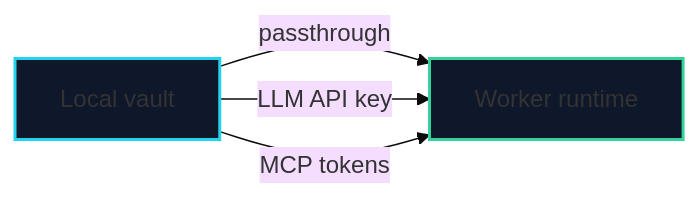
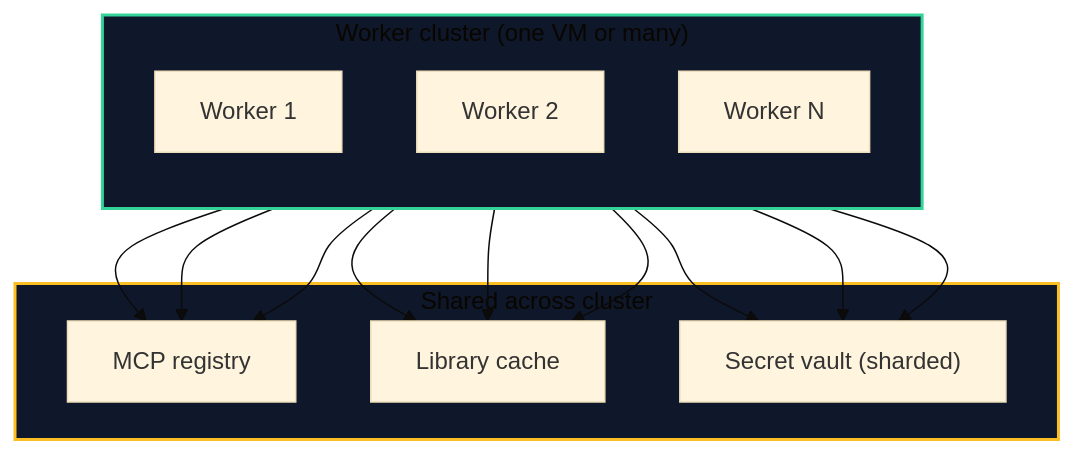
The second of 5 diagrams in docs/local-remote-agent-graph.md (AdrianTuci1/goble), drawn with Mermaid (base theme) before and after one commit. The commit also changed other lines of this file, not shown here.

Commit message:
docs: worker as runtime virtualization layer with shared LLM, MCPs, secrets, principal identity inheritance

````diff
--- a/docs/local-remote-agent-graph.md
+++ b/docs/local-remote-agent-graph.md
@@ -104,9 +124,28 @@
 ```mermaid
-flowchart LR
-    L["Local vault"] --"passthrough"--> W["Worker runtime"]
-    L --"LLM API key"--> W
-    L --"MCP tokens"--> W
+flowchart TB
+    subgraph CLUSTER["Worker cluster (one VM or many)"]
+        direction TB
+        W1["Worker 1"]
+        W2["Worker 2"]
+        W3["Worker N"]
+    end
 
-    style L fill:#0f172a,stroke:#22d3ee,stroke-width:2px
-    style W fill:#0f172a,stroke:#34d399,stroke-width:2px
+    subgraph SHARED["Shared across cluster"]
+        S1["MCP registry"]
+        S2["Library cache"]
+        S3["Secret vault (sharded)"]
+    end
+
+    W1 --> S1
+    W2 --> S1
+    W3 --> S1
+    W1 --> S2
+    W2 --> S2
+    W3 --> S2
+    W1 --> S3
+    W2 --> S3
+    W3 --> S3
+
+    style CLUSTER fill:#0f172a,stroke:#34d399,stroke-width:2px
+    style SHARED fill:#0f172a,stroke:#fbbf24,stroke-width:2px
 ```
````
